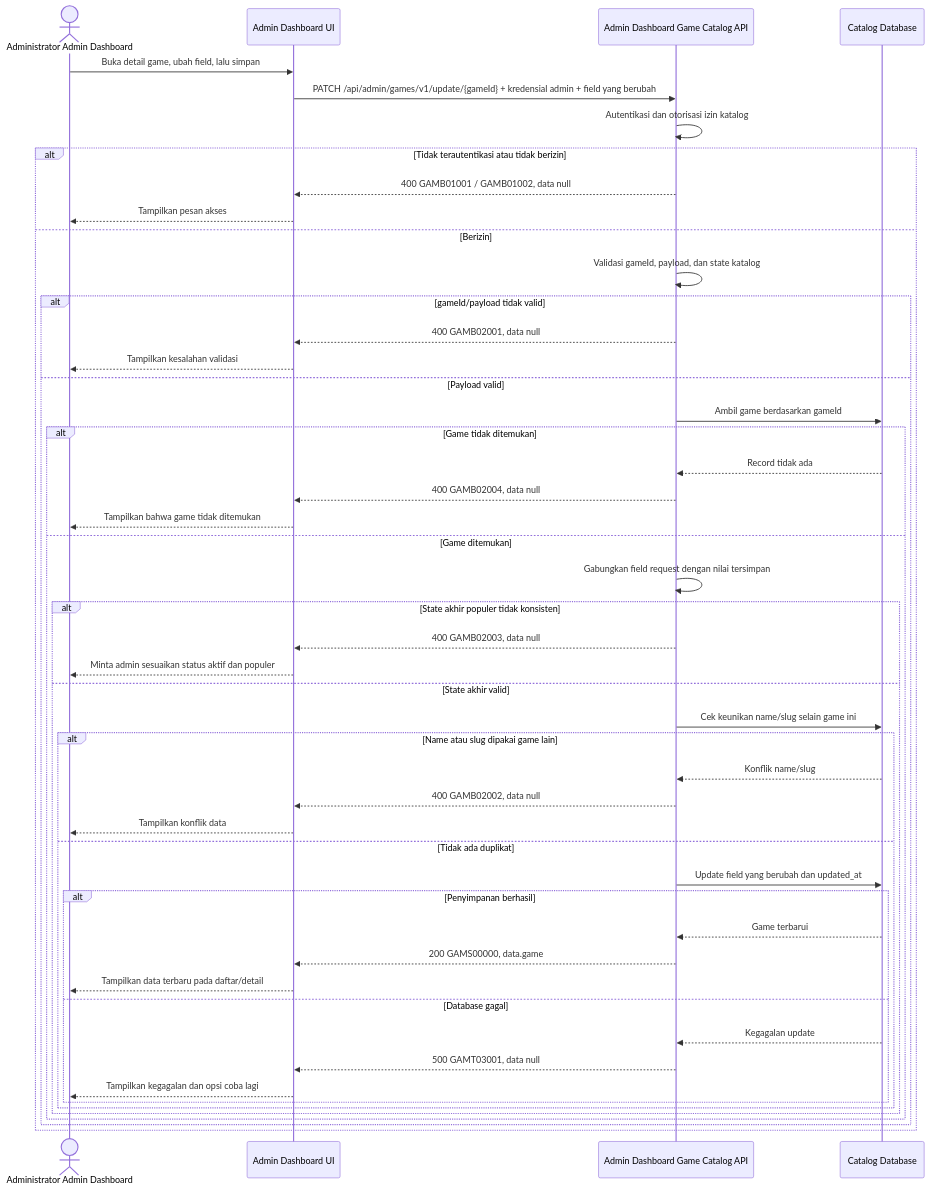
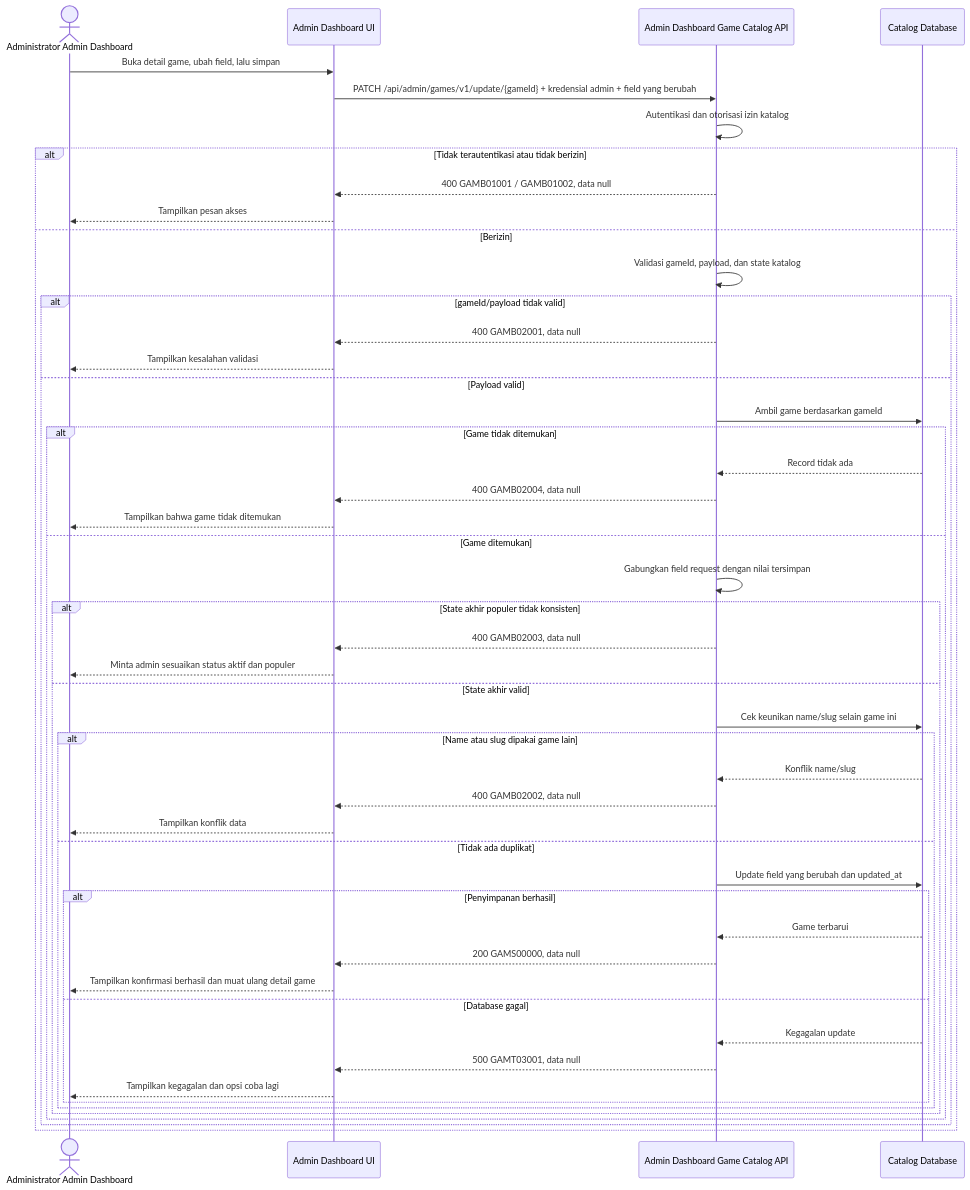
Before and after one commit to fatihmuhamadridho/docs-game-service-platform: the diagram in sprint-1/solutioning/dashboard/games/update-game.md, drawn with Mermaid. The commit also changed other lines of this file and 22 other files, not shown here.

````diff
--- a/sprint-1/solutioning/dashboard/games/update-game.md
+++ b/sprint-1/solutioning/dashboard/games/update-game.md
@@ -14,51 +14,51 @@
 ```mermaid
 sequenceDiagram
     actor Admin as Administrator Admin Dashboard
     participant UI as Admin Dashboard UI
     participant API as Admin Dashboard Game Catalog API
     participant DB as Catalog Database
     Admin->>UI: Buka detail game, ubah field, lalu simpan
     UI->>API: PATCH /api/admin/games/v1/update/{gameId} + kredensial admin + field yang berubah
     API->>API: Autentikasi dan otorisasi izin katalog
     alt Tidak terautentikasi atau tidak berizin
         API-->>UI: 400 GAMB01001 / GAMB01002, data null
         UI-->>Admin: Tampilkan pesan akses
     else Berizin
         API->>API: Validasi gameId, payload, dan state katalog
         alt gameId/payload tidak valid
             API-->>UI: 400 GAMB02001, data null
             UI-->>Admin: Tampilkan kesalahan validasi
         else Payload valid
             API->>DB: Ambil game berdasarkan gameId
             alt Game tidak ditemukan
                 DB-->>API: Record tidak ada
                 API-->>UI: 400 GAMB02004, data null
                 UI-->>Admin: Tampilkan bahwa game tidak ditemukan
             else Game ditemukan
                 API->>API: Gabungkan field request dengan nilai tersimpan
                 alt State akhir populer tidak konsisten
                     API-->>UI: 400 GAMB02003, data null
                     UI-->>Admin: Minta admin sesuaikan status aktif dan populer
                 else State akhir valid
                     API->>DB: Cek keunikan name/slug selain game ini
                     alt Name atau slug dipakai game lain
                         DB-->>API: Konflik name/slug
                         API-->>UI: 400 GAMB02002, data null
                         UI-->>Admin: Tampilkan konflik data
                     else Tidak ada duplikat
                         API->>DB: Update field yang berubah dan updated_at
                         alt Penyimpanan berhasil
                             DB-->>API: Game terbarui
-                            API-->>UI: 200 GAMS00000, data.game
-                            UI-->>Admin: Tampilkan data terbaru pada daftar/detail
+                            API-->>UI: 200 GAMS00000, data null
+                            UI-->>Admin: Tampilkan konfirmasi berhasil dan muat ulang detail game
                         else Database gagal
                             DB-->>API: Kegagalan update
                             API-->>UI: 500 GAMT03001, data null
                             UI-->>Admin: Tampilkan kegagalan dan opsi coba lagi
                         end
                     end
                 end
             end
         end
     end
 ```
````
